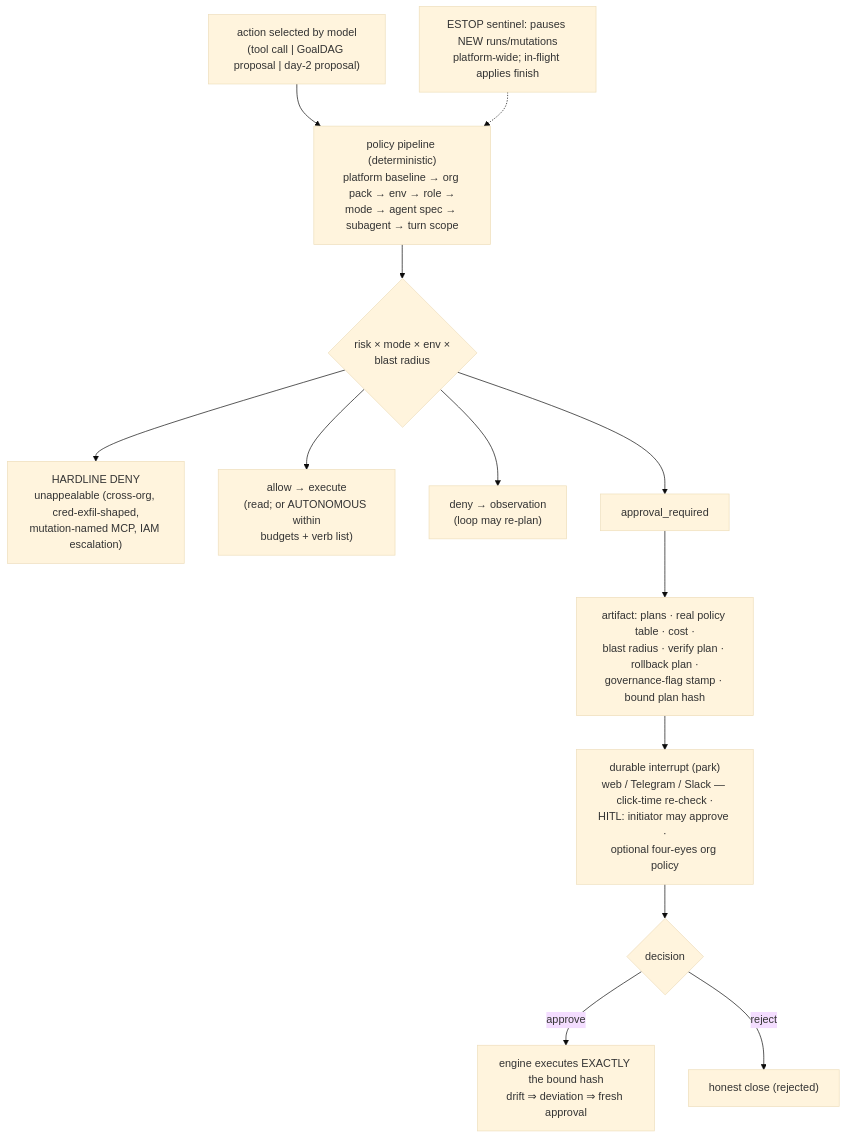
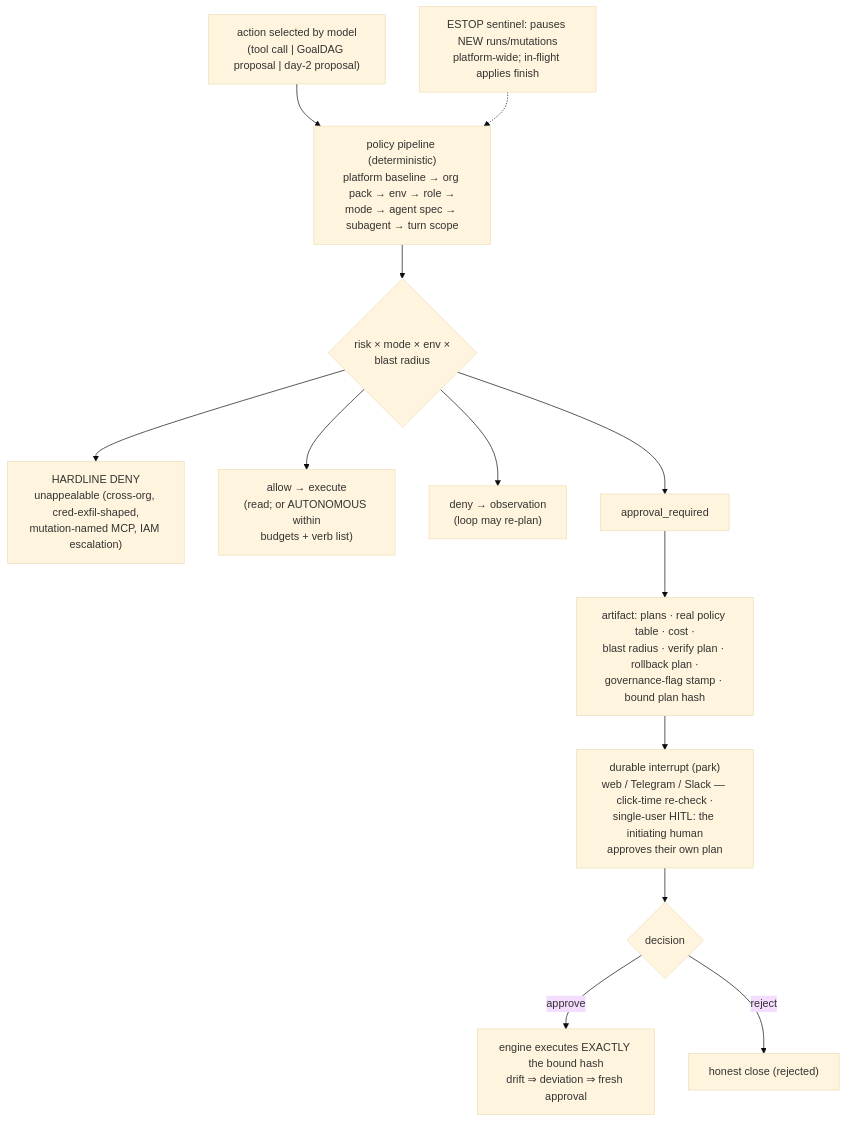
Before and after one commit to Saikumar22042002/AegisOps_AIOPS: the third of 4 diagrams in Redesign/04-Agent-Harness-Specification.md, drawn with Mermaid (base theme). The commit also changed other lines of this file and 38 other files, not shown here.

````diff
--- a/Redesign/04-Agent-Harness-Specification.md
+++ b/Redesign/04-Agent-Harness-Specification.md
@@ -342,24 +342,24 @@
 ```mermaid
 flowchart TB
     ACT["action selected by model<br/>(tool call | GoalDAG proposal | day-2 proposal)"]
     PIPE["policy pipeline (deterministic)<br/>platform baseline → org pack → env → role →<br/>mode → agent spec → subagent → turn scope"]
     RISK{"risk × mode × env ×<br/>blast radius"}
     HARD["HARDLINE DENY<br/>unappealable (cross-org, cred-exfil-shaped,<br/>mutation-named MCP, IAM escalation)"]
     ALLOW["allow → execute<br/>(read; or AUTONOMOUS within<br/>budgets + verb list)"]
     DENY["deny → observation<br/>(loop may re-plan)"]
     APPR["approval_required"]
     ART["artifact: plans · real policy table · cost ·<br/>blast radius · verify plan · rollback plan ·<br/>governance-flag stamp · bound plan hash"]
-    INT["durable interrupt (park)<br/>web / Telegram / Slack — click-time re-check ·<br/>HITL: initiator may approve ·<br/>optional four-eyes org policy"]
+    INT["durable interrupt (park)<br/>web / Telegram / Slack — click-time re-check ·<br/>single-user HITL: the initiating human<br/>approves their own plan"]
     DEC{decision}
     EXECG["engine executes EXACTLY the bound hash<br/>drift ⇒ deviation ⇒ fresh approval"]
     REJ["honest close (rejected)"]
     ESTOP["ESTOP sentinel: pauses NEW runs/mutations<br/>platform-wide; in-flight applies finish"]
     ACT --> PIPE --> RISK
     RISK --> HARD
     RISK --> ALLOW
     RISK --> DENY
     RISK --> APPR --> ART --> INT --> DEC
     DEC -- approve --> EXECG
     DEC -- reject --> REJ
     ESTOP -.-> PIPE
 ```
````
